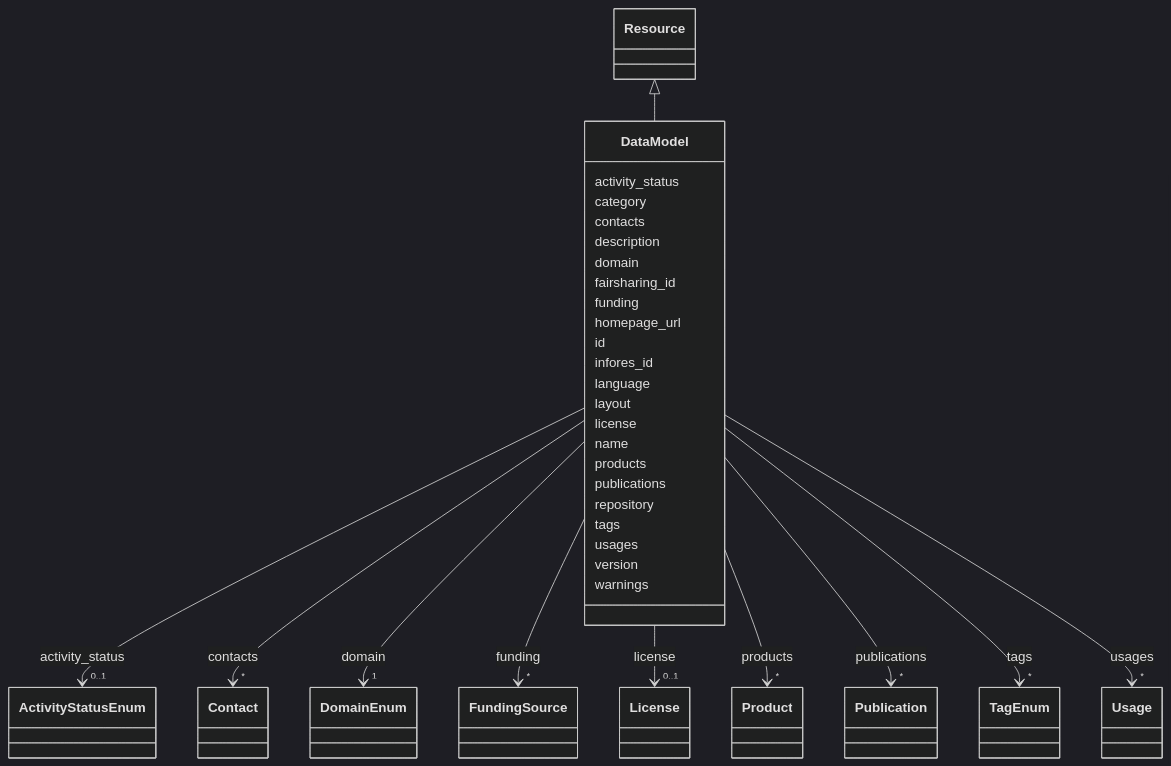
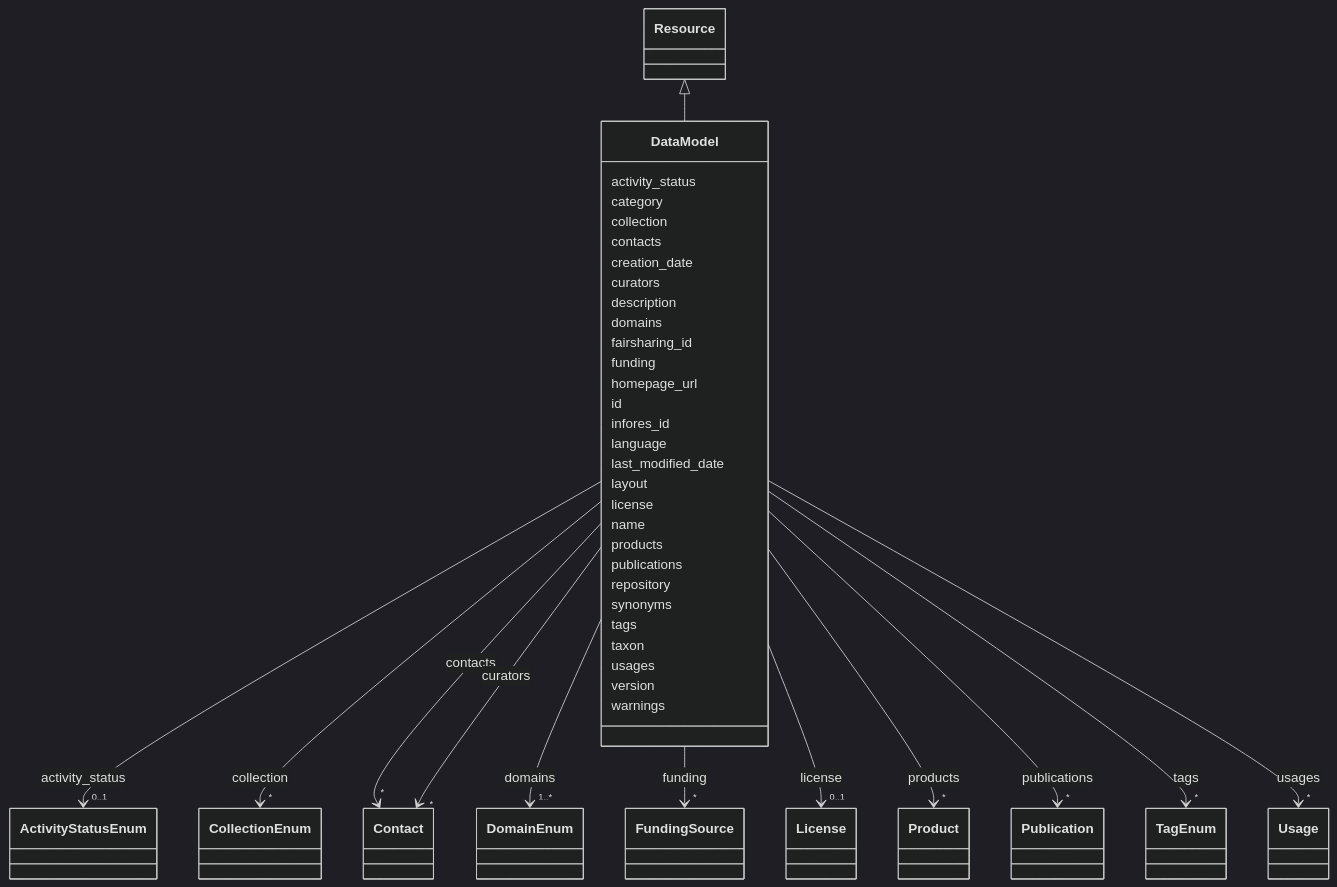
One commit to Knowledge-Graph-Hub/kg-registry changed the diagram in docs/schema/DataModel.md. Above: the diagram before and after it, drawn with Mermaid (dark theme). The commit also changed other lines of this file and 141 other files, not shown here.

````diff
--- a/docs/schema/DataModel.md
+++ b/docs/schema/DataModel.md
@@ -24,114 +23,162 @@
 ```mermaid
  classDiagram
     class DataModel
-    click DataModel href "DataModel.html"
+    click DataModel href "DataModel/.html"
       Resource <|-- DataModel
-        click Resource href "Resource.html"
-      
+        click Resource href "Resource/.html"
+
       DataModel : activity_status
-        
-          
-    
-    
-    DataModel --> "0..1" ActivityStatusEnum : activity_status
-    click ActivityStatusEnum href "ActivityStatusEnum.html"
 
-        
+
+
+
+
+        DataModel --> "0..1" ActivityStatusEnum : activity_status
+        click ActivityStatusEnum href "ActivityStatusEnum/.html"
+
+
+
       DataModel : category
-        
+
+      DataModel : collection
+
+
+
+
+
+        DataModel --> "*" CollectionEnum : collection
+        click CollectionEnum href "CollectionEnum/.html"
+
+
+
       DataModel : contacts
-        
-          
-    
-    
-    DataModel --> "*" Contact : contacts
-    click Contact href "Contact.html"
 
-        
+
+
+
+
+        DataModel --> "*" Contact : contacts
+        click Contact href "Contact/.html"
+
+
+
+      DataModel : creation_date
+
+      DataModel : curators
+
+
+
+
+
+        DataModel --> "*" Contact : curators
+        click Contact href "Contact/.html"
+
+
+
       DataModel : description
-        
-      DataModel : domain
-        
-          
-    
-    
-    DataModel --> "1" DomainEnum : domain
-    click DomainEnum href "DomainEnum.html"
 
-        
+      DataModel : domains
+
+
+
+
+
+        DataModel --> "1..*" DomainEnum : domains
+        click DomainEnum href "DomainEnum/.html"
+
+
+
       DataModel : fairsharing_id
-        
+
       DataModel : funding
-        
-          
-    
-    
-    DataModel --> "*" FundingSource : funding
-    click FundingSource href "FundingSource.html"
 
-        
+
+
+
+
+        DataModel --> "*" FundingSource : funding
+        click FundingSource href "FundingSource/.html"
+
+
+
       DataModel : homepage_url
-        
+
       DataModel : id
-        
+
       DataModel : infores_id
-        
+
       DataModel : language
-        
+
+      DataModel : last_modified_date
+
       DataModel : layout
-        
+
       DataModel : license
-        
-          
-    
-    
-    DataModel --> "0..1" License : license
-    click License href "License.html"
 
-        
+
+
+
+
+        DataModel --> "0..1" License : license
+        click License href "License/.html"
+
+
+
       DataModel : name
-        
+
       DataModel : products
-        
-          
-    
-    
-    DataModel --> "*" Product : products
-    click Product href "Product.html"
 
-        
+
+
+
+
+        DataModel --> "*" Product : products
+        click Product href "Product/.html"
+
+
+
       DataModel : publications
-        
-          
-    
-    
-    DataModel --> "*" Publication : publications
-    click Publication href "Publication.html"
 
-        
+
+
+
+
+        DataModel --> "*" Publication : publications
+        click Publication href "Publication/.html"
+
+
+
       DataModel : repository
-        
+
+      DataModel : synonyms
+
       DataModel : tags
-        
-          
-    
-    
-    DataModel --> "*" TagEnum : tags
-    click TagEnum href "TagEnum.html"
 
-        
+
+
+
+
+        DataModel --> "*" TagEnum : tags
+        click TagEnum href "TagEnum/.html"
+
+
+
+      DataModel : taxon
+
       DataModel : usages
-        
-          
-    
-    
-    DataModel --> "*" Usage : usages
-    click Usage href "Usage.html"
 
-        
+
+
+
+
+        DataModel --> "*" Usage : usages
+        click Usage href "Usage/.html"
+
+
+
       DataModel : version
-        
+
       DataModel : warnings
-        
-      
+
+
 ```
````
